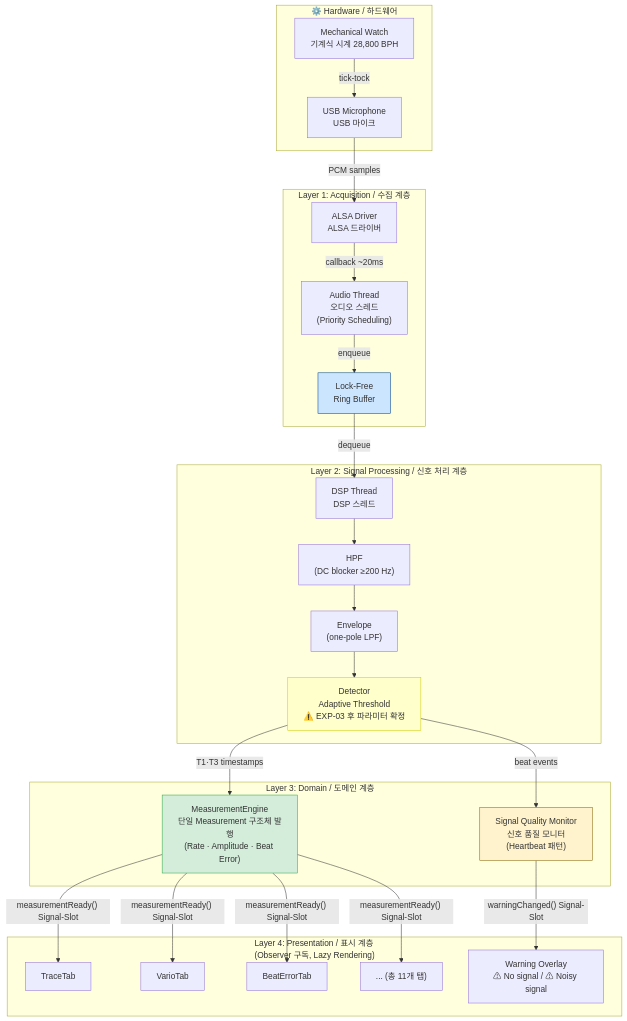
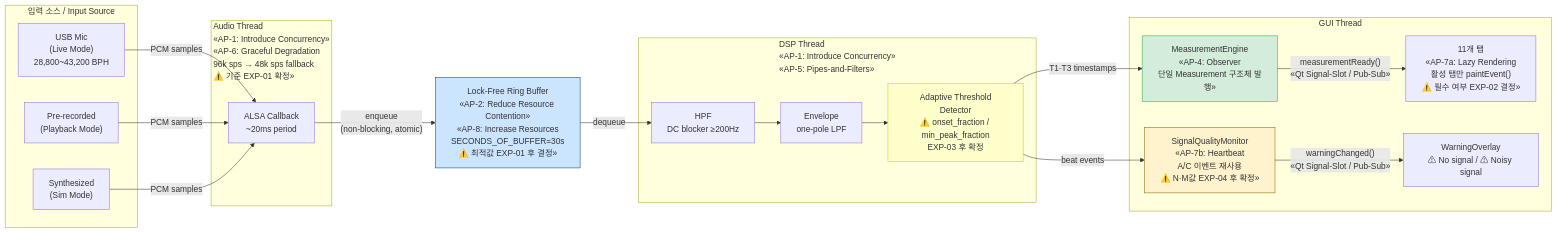
Before and after one commit to Ji-Min-Lee/2026-3-sw-architect-studio-project: the second of 5 diagrams in docs/milestone1/final/architectural-approaches.md, drawn with Mermaid. The commit also changed other lines of this file, not shown here.

First line of the commit message:
docs(m1): replace overview diagram with Module View + C&C View

````diff
--- a/docs/milestone1/final/architectural-approaches.md
+++ b/docs/milestone1/final/architectural-approaches.md
@@ -41,51 +107,38 @@
 ```mermaid
-graph TD
-    subgraph HW["⚙️ Hardware / 하드웨어"]
-        MIC["USB Microphone\nUSB 마이크"]
-        WATCH["Mechanical Watch\n기계식 시계 28,800 BPH"]
-        WATCH -->|"tick-tock"| MIC
+graph LR
+    subgraph SRC["입력 소스 / Input Source"]
+        LIVE["USB Mic\n(Live Mode)\n28,800~43,200 BPH"]
+        PB["Pre-recorded\n(Playback Mode)"]
+        SIM["Synthesized\n(Sim Mode)"]
     end
 
-    subgraph ACQ["Layer 1: Acquisition / 수집 계층"]
-        ALSA["ALSA Driver\nALSA 드라이버"]
-        AT["Audio Thread\n오디오 스레드\n(Priority Scheduling)"]
-        RB["Lock-Free\nRing Buffer"]
-        MIC -->|"PCM samples"| ALSA
-        ALSA -->|"callback ~20ms"| AT
-        AT -->|"enqueue"| RB
+    subgraph AT_BOX["Audio Thread\n«AP-1: Introduce Concurrency»\n«AP-6: Graceful Degradation\n96k sps → 48k sps fallback\n⚠️ 기준 EXP-01 확정»"]
+        ALSA["ALSA Callback\n~20ms period"]
     end
 
-    subgraph DSP["Layer 2: Signal Processing / 신호 처리 계층"]
-        DT["DSP Thread\nDSP 스레드"]
-        HPF["HPF\n(DC blocker ≥200 Hz)"]
-        ENV["Envelope\n(one-pole LPF)"]
-        DET["Detector\nAdaptive Threshold\n⚠️ EXP-03 후 파라미터 확정"]
-        RB -->|"dequeue"| DT
-        DT --> HPF --> ENV --> DET
+    RB["Lock-Free Ring Buffer\n«AP-2: Reduce Resource Contention»\n«AP-8: Increase Resources\nSECONDS_OF_BUFFER=30s\n⚠️ 최적값 EXP-01 후 결정»"]
+
+    subgraph DSP_BOX["DSP Thread\n«AP-1: Introduce Concurrency»\n«AP-5: Pipes-and-Filters»"]
+        HPF["HPF\nDC blocker ≥200Hz"] --> ENV["Envelope\none-pole LPF"] --> DET["Adaptive Threshold\nDetector\n⚠️ onset_fraction / min_peak_fraction\nEXP-03 후 확정"]
     end
 
-    subgraph DOM["Layer 3: Domain / 도메인 계층"]
-        ME["MeasurementEngine\n단일 Measurement 구조체 발행\n(Rate · Amplitude · Beat Error)"]
-        SQ["Signal Quality Monitor\n신호 품질 모니터\n(Heartbeat 패턴)"]
-        DET -->|"T1·T3 timestamps"| ME
-        DET -->|"beat events"| SQ
+    subgraph GUI_BOX["GUI Thread"]
+        ME["MeasurementEngine\n«AP-4: Observer\n단일 Measurement 구조체 발행»"]
+        SQ["SignalQualityMonitor\n«AP-7b: Heartbeat\nA/C 이벤트 재사용\n⚠️ N·M값 EXP-04 후 확정»"]
+        TABS["11개 탭\n«AP-7a: Lazy Rendering\n활성 탭만 paintEvent()\n⚠️ 필수 여부 EXP-02 결정»"]
+        WRN["WarningOverlay\n⚠ No signal / ⚠ Noisy signal"]
     end
 
-    subgraph PL["Layer 4: Presentation / 표시 계층\n(Observer 구독, Lazy Rendering)"]
-        T1["TraceTab"]
-        T2["VarioTab"]
-        T3["BeatErrorTab"]
-        T4["... (총 11개 탭)"]
-        WRN["Warning Overlay\n⚠ No signal / ⚠ Noisy signal"]
-        ME -->|"measurementReady() Signal-Slot"| T1
-        ME -->|"measurementReady() Signal-Slot"| T2
-        ME -->|"measurementReady() Signal-Slot"| T3
-        ME -->|"measurementReady() Signal-Slot"| T4
-        SQ -->|"warningChanged() Signal-Slot"| WRN
-    end
+    LIVE & PB & SIM -->|"PCM samples"| ALSA
+    ALSA -->|"enqueue\n(non-blocking, atomic)"| RB
+    RB -->|"dequeue"| HPF
+    DET -->|"T1·T3 timestamps"| ME
+    DET -->|"beat events"| SQ
+    ME -->|"measurementReady()\n«Qt Signal-Slot / Pub-Sub»"| TABS
+    SQ -->|"warningChanged()\n«Qt Signal-Slot / Pub-Sub»"| WRN
 
+    style RB fill:#cce5ff,stroke:#004085
+    style ME fill:#d4edda,stroke:#28a745
+    style SQ fill:#fff3cd,stroke:#856404
     style DET fill:#ffffcc,stroke:#cccc00
-    style ME fill:#d4edda,stroke:#28a745
-    style RB fill:#cce5ff,stroke:#004085
-    style SQ fill:#fff3cd,stroke:#856404
 ```
````
